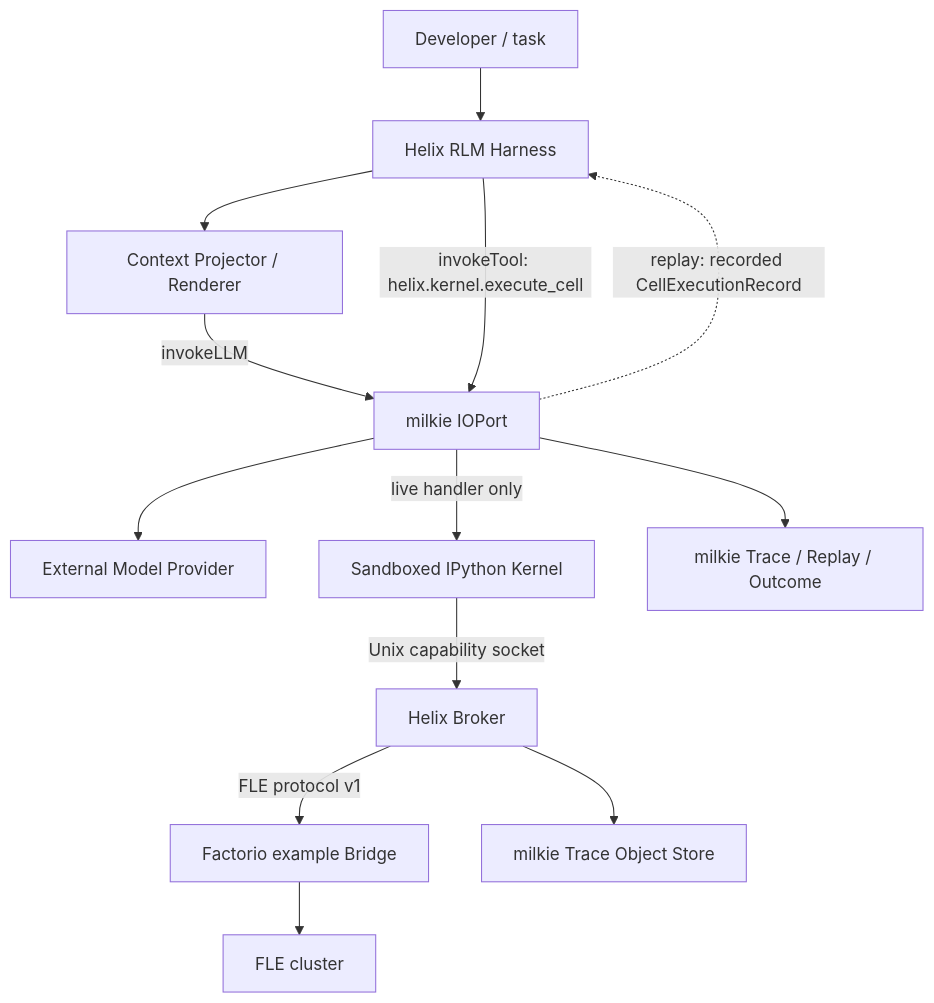
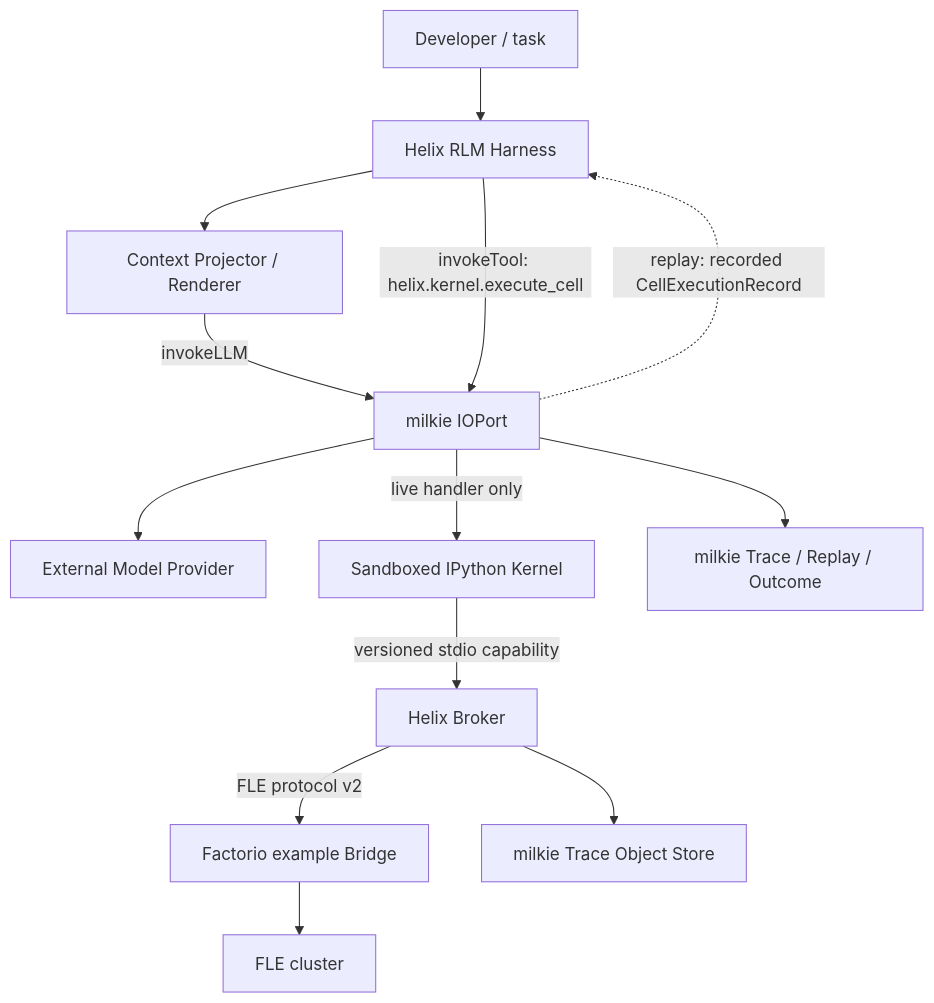
The first of 2 diagrams in docs/design/1-rlm-factorio-harness.md (xforce-io/helix), drawn with Mermaid before and after one commit. The commit also changed other lines of this file and 14 other files, not shown here.

````diff
--- a/docs/design/1-rlm-factorio-harness.md
+++ b/docs/design/1-rlm-factorio-harness.md
@@ -105,15 +105,15 @@
 ```mermaid
 flowchart TB
     U["Developer / task"] --> H["Helix RLM Harness"]
     H --> R["Context Projector / Renderer"]
     R -->|"invokeLLM"| IO["milkie IOPort"]
     IO --> M["External Model Provider"]
     H -->|"invokeTool: helix.kernel.execute_cell"| IO
     IO -->|"live handler only"| K["Sandboxed IPython Kernel"]
-    K -->|"Unix capability socket"| B["Helix Broker"]
-    B -->|"FLE protocol v1"| F["Factorio example Bridge"]
+    K -->|"versioned stdio capability"| B["Helix Broker"]
+    B -->|"FLE protocol v2"| F["Factorio example Bridge"]
     F --> C["FLE cluster"]
     B --> O["milkie Trace Object Store"]
     IO --> T["milkie Trace / Replay / Outcome"]
     IO -.->|"replay: recorded CellExecutionRecord"| H
 ```
````
